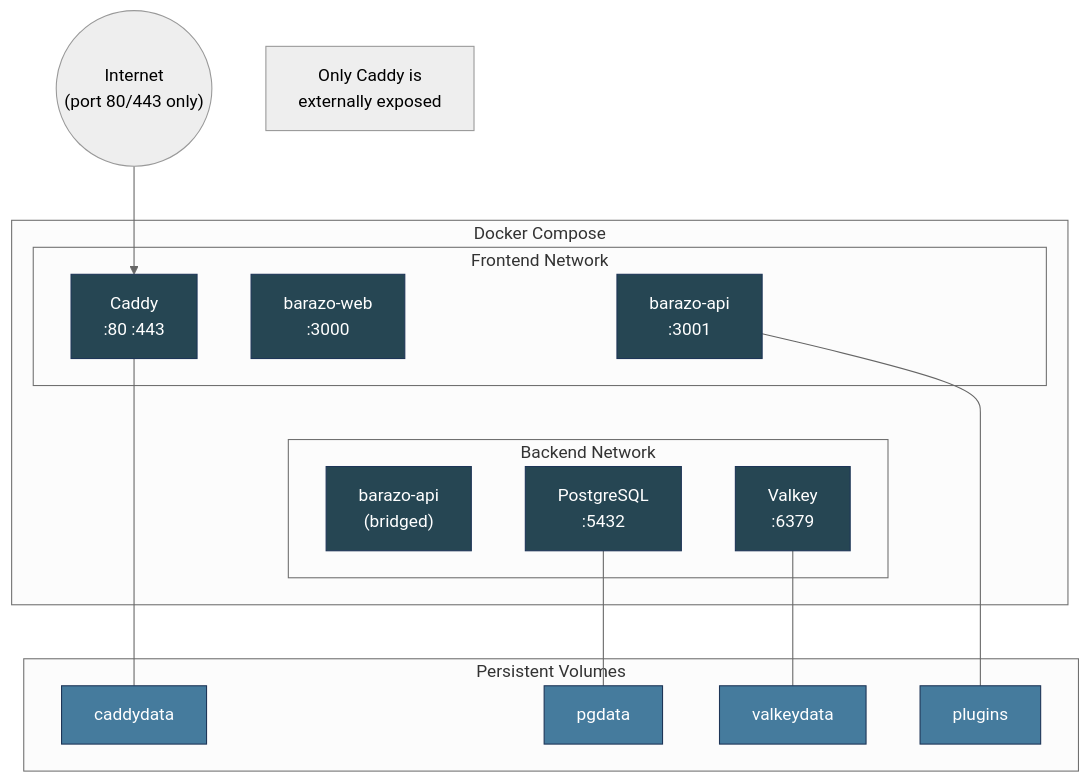
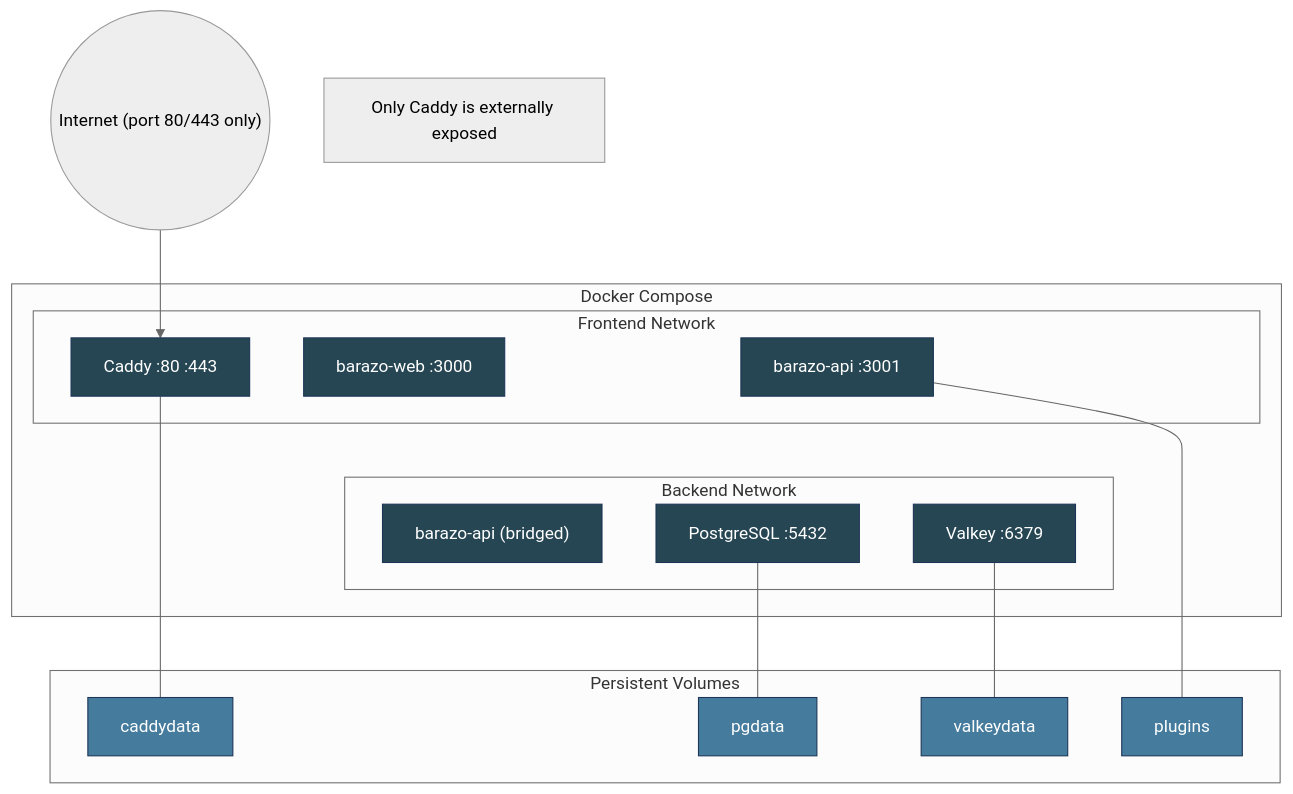
Before and after one commit to atgora-forum/.github: the third of 4 diagrams in ARCHITECTURE.md, drawn with Mermaid (neutral theme). The commit also changed other lines of this file, not shown here.

First line of the commit message:
fix: clean up Mermaid labels, use line breaks only where needed

````diff
--- a/ARCHITECTURE.md
+++ b/ARCHITECTURE.md
@@ -107,39 +107,39 @@
 ```mermaid
 graph TB
     classDef container fill:#264653,stroke:#1d3557,color:#fff
     classDef network fill:#e9ecef,stroke:#adb5bd,color:#333
     classDef volume fill:#457b9d,stroke:#1d3557,color:#fff
 
     subgraph docker ["Docker Compose"]
 
         subgraph fn ["Frontend Network"]
-            C["Caddy<br/>:80 :443"]:::container
-            W["barazo-web<br/>:3000"]:::container
-            A1["barazo-api<br/>:3001"]:::container
+            C["Caddy :80 :443"]:::container
+            W["barazo-web :3000"]:::container
+            A1["barazo-api :3001"]:::container
         end
 
         subgraph bn ["Backend Network"]
-            A2["barazo-api<br/>(bridged)"]:::container
-            P["PostgreSQL<br/>:5432"]:::container
-            V["Valkey<br/>:6379"]:::container
+            A2["barazo-api (bridged)"]:::container
+            P["PostgreSQL :5432"]:::container
+            V["Valkey :6379"]:::container
         end
 
         A1 ~~~ A2
     end
 
     subgraph volumes ["Persistent Volumes"]
         PGD["pgdata"]:::volume
         VKD["valkeydata"]:::volume
         CD["caddydata"]:::volume
         PL["plugins"]:::volume
     end
 
     P --- PGD
     V --- VKD
     C --- CD
     A1 --- PL
 
-    Internet(("Internet<br/>(port 80/443 only)")) --> C
+    Internet(("Internet (port 80/443 only)")) --> C
 
-    note1["Only Caddy is<br/>externally exposed"]
+    note1["Only Caddy is externally exposed"]
 ```
````
